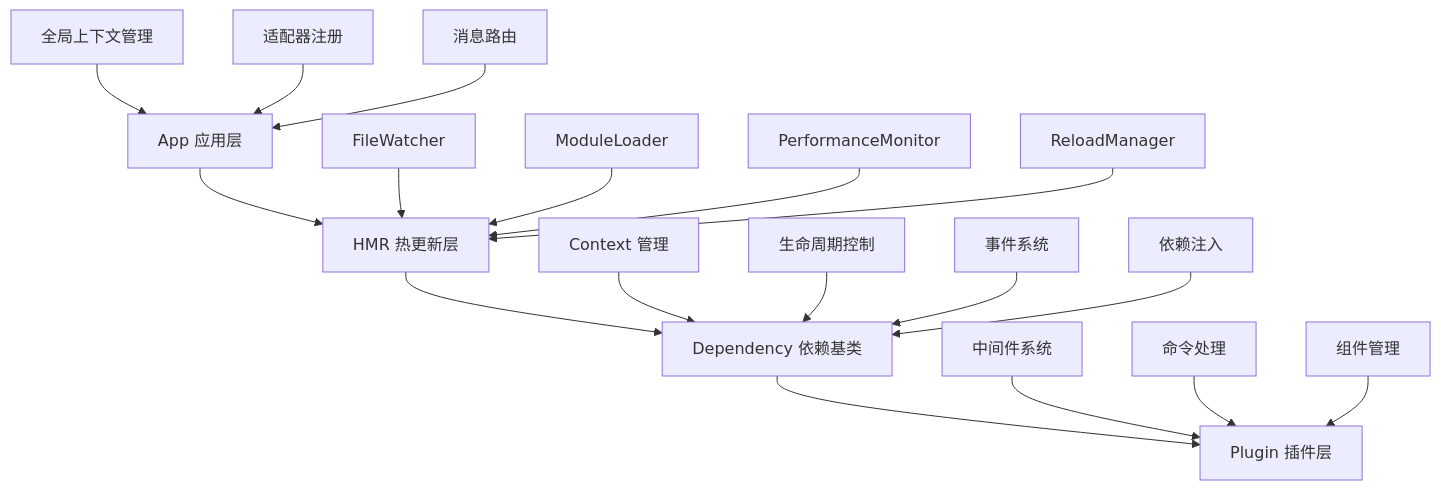
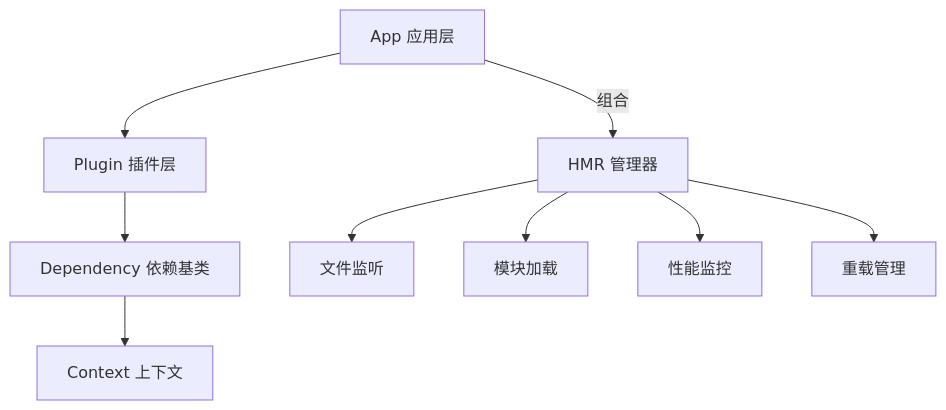
Before and after one commit to zhinjs/zhin: the diagram in docs/guide/architecture.md, drawn with Mermaid. The commit also changed other lines of this file and 21 other files, not shown here.

````diff
--- a/docs/guide/architecture.md
+++ b/docs/guide/architecture.md
@@ -9,24 +11,14 @@
 ```mermaid
 graph TD
-    A[App 应用层] --> B[HMR 热更新层]
-    B --> C[Dependency 依赖基类]
-    C --> D[Plugin 插件层]
+    App[App 应用层] --> Plugin[Plugin 插件层]
+    Plugin --> Dependency[Dependency 依赖基类]
     
-    A1[全局上下文管理] --> A
-    A2[适配器注册] --> A
-    A3[消息路由] --> A
+    App -- 组合 --> HMRManager[HMR 管理器]
     
-    B1[FileWatcher] --> B
-    B2[ModuleLoader] --> B
-    B3[PerformanceMonitor] --> B
-    B4[ReloadManager] --> B
+    HMRManager --> FileWatcher[文件监听]
+    HMRManager --> ModuleLoader[模块加载]
+    HMRManager --> PerformanceMonitor[性能监控]
+    HMRManager --> ReloadManager[重载管理]
     
-    C1[Context 管理] --> C
-    C2[生命周期控制] --> C
-    C3[事件系统] --> C
-    C4[依赖注入] --> C
-    
-    D1[中间件系统] --> D
-    D2[命令处理] --> D
-    D3[组件管理] --> D
+    Dependency --> Context[Context 上下文]
 ```
````
